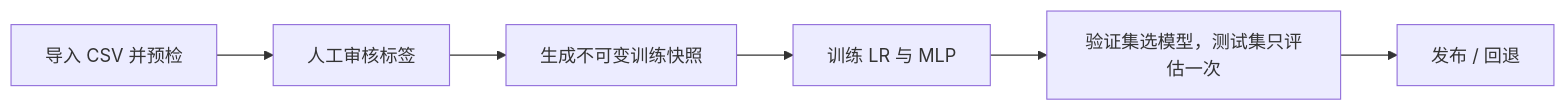
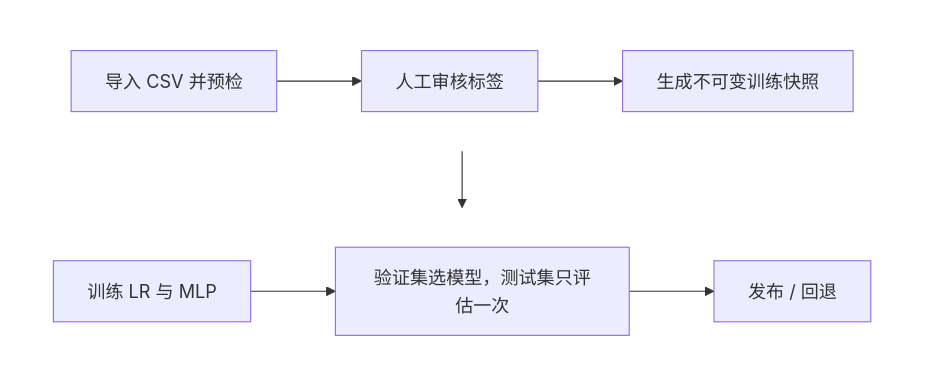
The diagram in README.md (oNanachii/text-classification-workbench), drawn with Mermaid before and after one commit.

Commit message:
docs: lay out the README flow chart in two rows
GitHub's diagram controls covered the last step of the one-row chart.

````diff
--- a/README.md
+++ b/README.md
@@ -19,8 +19,14 @@
 ```mermaid
-flowchart LR
-  A[导入 CSV 并预检] --> B[人工审核标签]
-  B --> C[生成不可变训练快照]
-  C --> D[训练 LR 与 MLP]
-  D --> E[验证集选模型，测试集只评估一次]
-  E --> F[发布 / 回退]
+flowchart TB
+  subgraph R1 [" "]
+    direction LR
+    A[导入 CSV 并预检] --> B[人工审核标签] --> C[生成不可变训练快照]
+  end
+  subgraph R2 [" "]
+    direction LR
+    D[训练 LR 与 MLP] --> E[验证集选模型，测试集只评估一次] --> F[发布 / 回退]
+  end
+  R1 --> R2
+  style R1 fill:none,stroke:none
+  style R2 fill:none,stroke:none
 ```
````
